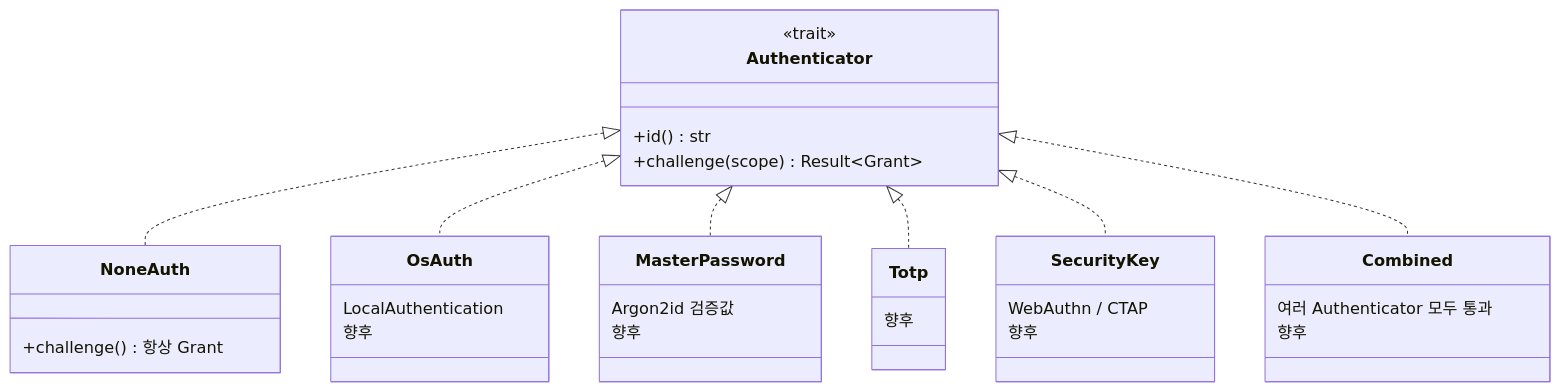
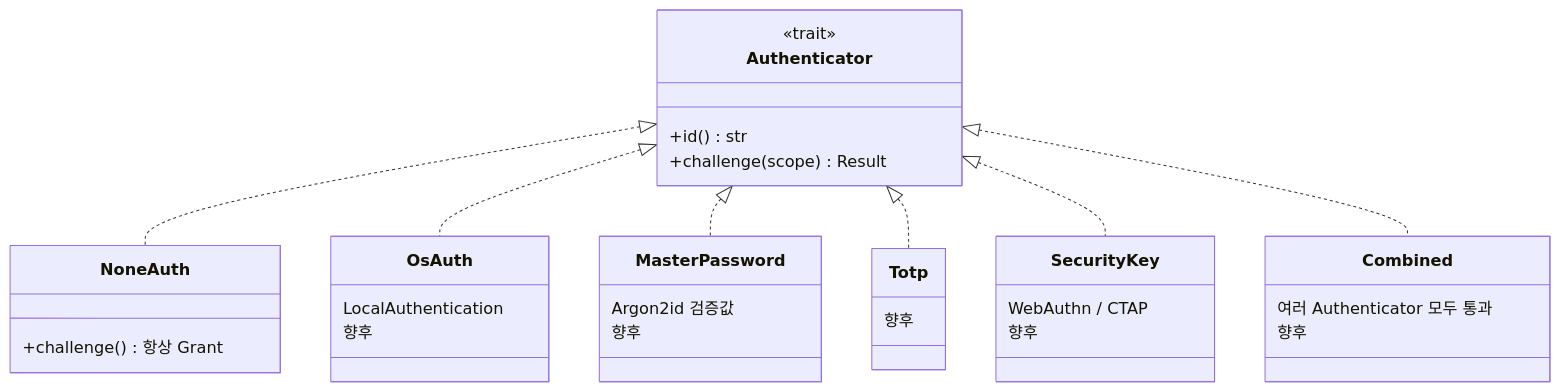
Before and after one commit to LeeSwallow/KeyHarbor: the seventh of 10 diagrams in docs/design/03-security-whitepaper.md, drawn with Mermaid. The commit also changed other lines of this file and 28 other files, not shown here.

````diff
--- a/docs/design/03-security-whitepaper.md
+++ b/docs/design/03-security-whitepaper.md
@@ -289,36 +289,36 @@
 ```mermaid
 classDiagram
   class Authenticator {
     <<trait>>
     +id() str
-    +challenge(scope) Result~Grant~
+    +challenge(scope) Result
   }
   class NoneAuth {
     +challenge() 항상 Grant
   }
   class OsAuth {
     LocalAuthentication
     향후
   }
   class MasterPassword {
     Argon2id 검증값
     향후
   }
   class Totp {
     향후
   }
   class SecurityKey {
     WebAuthn / CTAP
     향후
   }
   class Combined {
     여러 Authenticator 모두 통과
     향후
   }
   Authenticator <|.. NoneAuth
   Authenticator <|.. OsAuth
   Authenticator <|.. MasterPassword
   Authenticator <|.. Totp
   Authenticator <|.. SecurityKey
   Authenticator <|.. Combined
 ```
````
